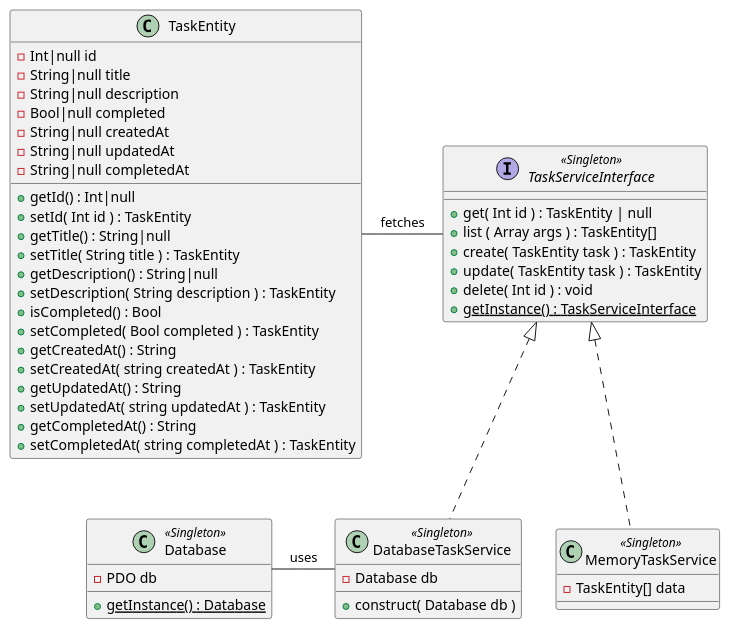
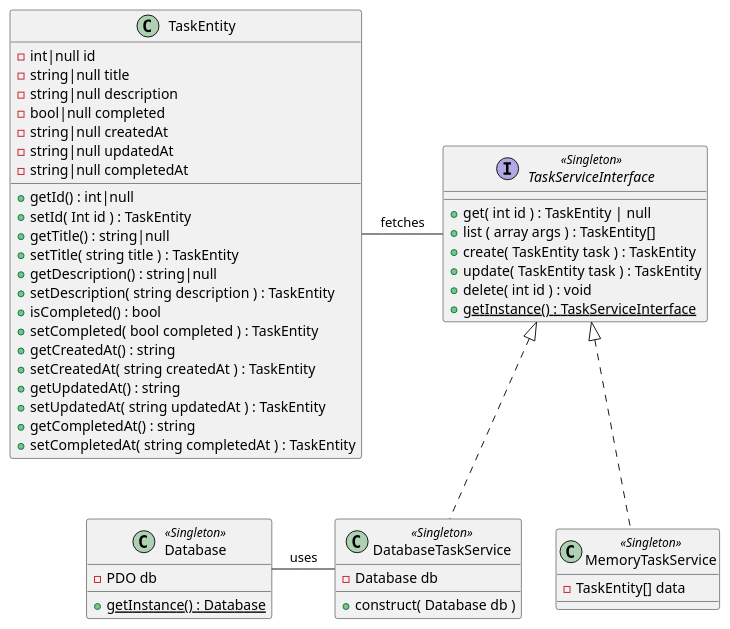
The diagram in class-diagram.puml (ralixt/php-todo-mvc), drawn with PlantUML before and after one commit. The commit also changed 9 other files, not shown here.

```diff
--- a/class-diagram.puml
+++ b/class-diagram.puml
@@ -1,57 +1,57 @@
 @startuml
 
 'Entity
 class TaskEntity {
-  - Int|null id
-  - String|null title
-  - String|null description
-  - Bool|null completed
-  - String|null createdAt
-  - String|null updatedAt
-  - String|null completedAt
-  + getId() : Int|null
+  - int|null id
+  - string|null title
+  - string|null description
+  - bool|null completed
+  - string|null createdAt
+  - string|null updatedAt
+  - string|null completedAt
+  + getId() : int|null
   + setId( Int id ) : TaskEntity
-  + getTitle() : String|null
-  + setTitle( String title ) : TaskEntity
-  + getDescription() : String|null
-  + setDescription( String description ) : TaskEntity
-  + isCompleted() : Bool
-  + setCompleted( Bool completed ) : TaskEntity
-  + getCreatedAt() : String
+  + getTitle() : string|null
+  + setTitle( string title ) : TaskEntity
+  + getDescription() : string|null
+  + setDescription( string description ) : TaskEntity
+  + isCompleted() : bool
+  + setCompleted( bool completed ) : TaskEntity
+  + getCreatedAt() : string
   + setCreatedAt( string createdAt ) : TaskEntity
-  + getUpdatedAt() : String
+  + getUpdatedAt() : string
   + setUpdatedAt( string updatedAt ) : TaskEntity
-  + getCompletedAt() : String
+  + getCompletedAt() : string
   + setCompletedAt( string completedAt ) : TaskEntity
 }
 
 'Services
 interface TaskServiceInterface<<Singleton>> {
-  + get( Int id ) : TaskEntity | null
-  + list ( Array args ) : TaskEntity[]
+  + get( int id ) : TaskEntity | null
+  + list ( array args ) : TaskEntity[]
   + create( TaskEntity task ) : TaskEntity
   + update( TaskEntity task ) : TaskEntity
-  + delete( Int id ) : void
+  + delete( int id ) : void
   + {static} getInstance() : TaskServiceInterface
 }
 
 class MemoryTaskService<<Singleton>> implements TaskServiceInterface {
   - TaskEntity[] data
 }
 
 class DatabaseTaskService<<Singleton>> implements TaskServiceInterface {
   - Database db
   + construct( Database db )
 }
 
 'Common
 class Database <<Singleton>> {
   - PDO db
   + {static} getInstance() : Database
 }
 
 'Relations
 TaskEntity -right- TaskServiceInterface : fetches
 DatabaseTaskService -left- Database : uses
 
 @enduml
```
